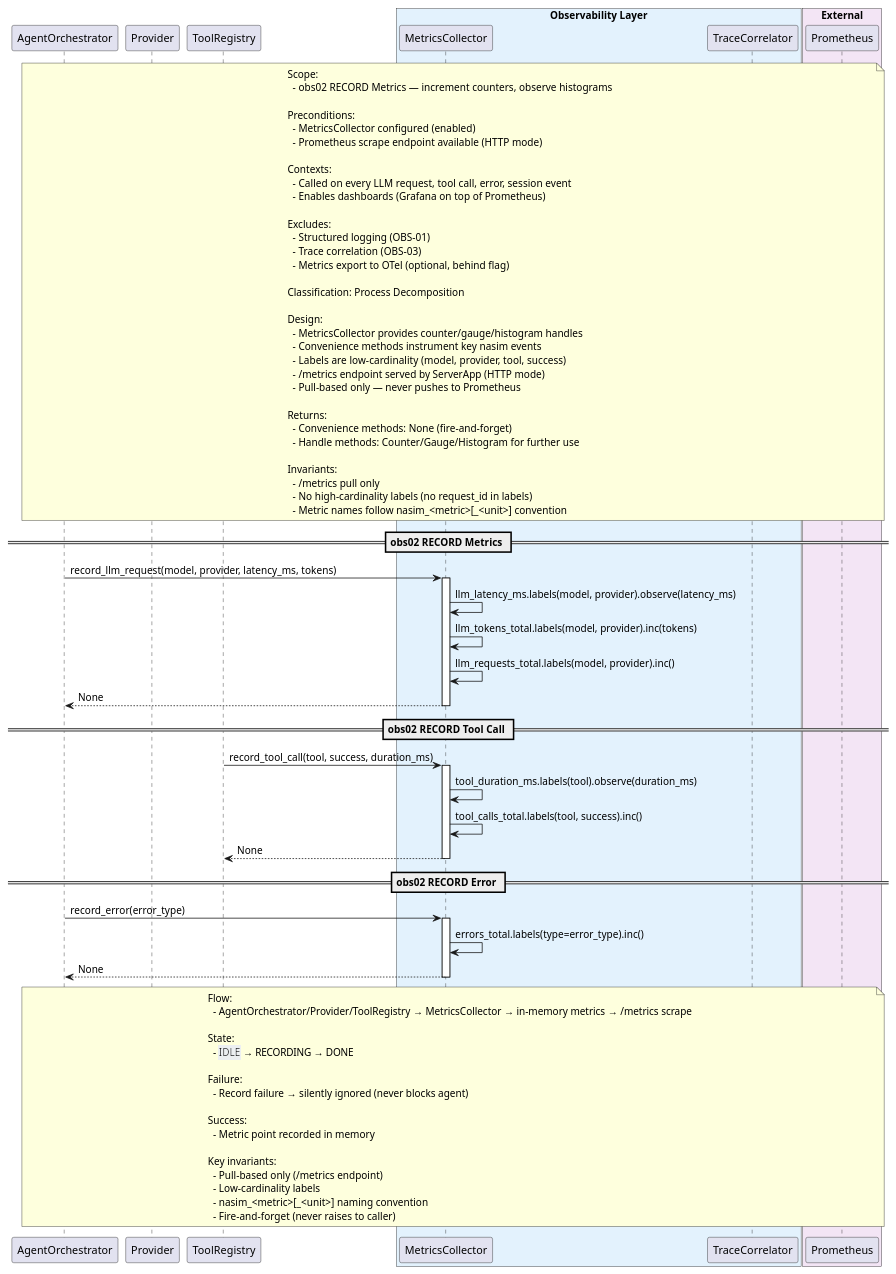
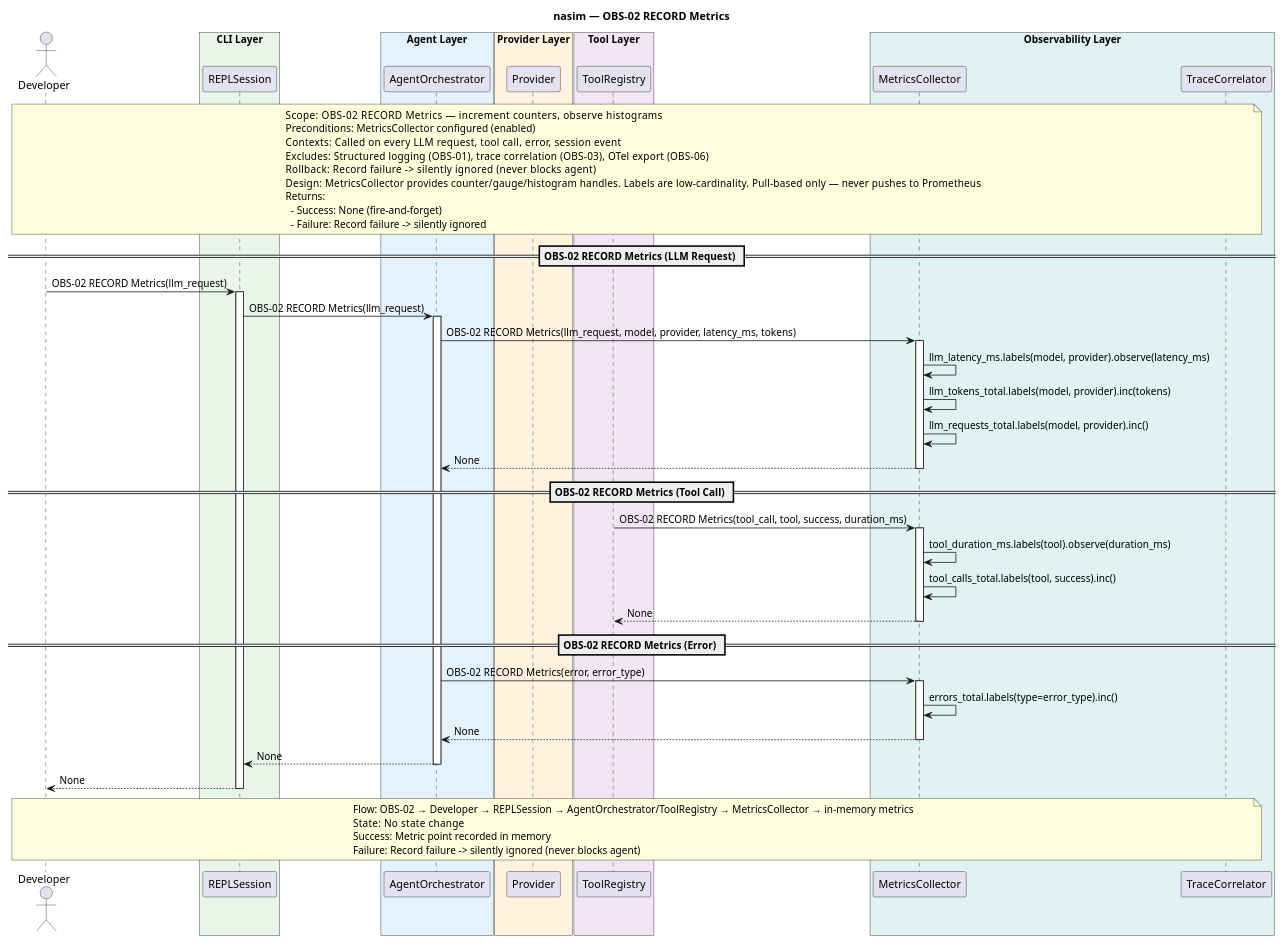
The diagram in docs/SQ/OBS/sq_obs02_record_metrics.puml (salimnamvar/nasim), drawn with PlantUML before and after one commit. The commit also changed 148 other files, not shown here.

```diff
--- a/docs/SQ/OBS/sq_obs02_record_metrics.puml
+++ b/docs/SQ/OBS/sq_obs02_record_metrics.puml
@@ -1,114 +1,95 @@
 @startuml sq_obs02_record_metrics
 ' ============================================================
 ' Title:     OBS-02 — RECORD Metrics
-' Boundary:  nasim code agent CLI
+' Boundary:  nasim code agent
 ' Purpose:   Record metric points for token usage, latency, tool calls
 ' Milestone: v1.0
-' Version:   1.0.0
+' Version:   2.0.0
 ' Source:    docs/UC/README.md
-' Review:    —
+' Review:    docs/SQ/README.md
 ' ============================================================
 
-participant "AgentOrchestrator" as agent
-participant "Provider" as provider
-participant "ToolRegistry" as tools
+title nasim — OBS-02 RECORD Metrics
 
-box "Observability Layer" #E3F2FD
+actor "Developer" as user
+
+box "CLI Layer" #E8F5E9
+  participant "REPLSession" as repl
+end box
+box "Agent Layer" #E3F2FD
+  participant "AgentOrchestrator" as agent
+end box
+box "Provider Layer" #FFF3E0
+  participant "Provider" as provider
+end box
+box "Tool Layer" #F3E5F5
+  participant "ToolRegistry" as tools
+end box
+box "Observability Layer" #E0F2F1
   participant "MetricsCollector" as metrics
   participant "TraceCorrelator" as trace
 end box
 
-box "External" #F3E5F5
-  participant "Prometheus" as prom
-end box
-
-note over agent, prom
-  Scope:
-    - obs02 RECORD Metrics — increment counters, observe histograms
-
-  Preconditions:
-    - MetricsCollector configured (enabled)
-    - Prometheus scrape endpoint available (HTTP mode)
-
-  Contexts:
-    - Called on every LLM request, tool call, error, session event
-    - Enables dashboards (Grafana on top of Prometheus)
-
-  Excludes:
-    - Structured logging (OBS-01)
-    - Trace correlation (OBS-03)
-    - Metrics export to OTel (optional, behind flag)
-
-  Classification: Process Decomposition
-
-  Design:
-    - MetricsCollector provides counter/gauge/histogram handles
-    - Convenience methods instrument key nasim events
-    - Labels are low-cardinality (model, provider, tool, success)
-    - /metrics endpoint served by ServerApp (HTTP mode)
-    - Pull-based only — never pushes to Prometheus
-
+note over user, trace
+  Scope:          OBS-02 RECORD Metrics — increment counters, observe histograms
+  Preconditions:  MetricsCollector configured (enabled)
+  Contexts:       Called on every LLM request, tool call, error, session event
+  Excludes:       Structured logging (OBS-01), trace correlation (OBS-03), OTel export (OBS-06)
+  Rollback:       Record failure -> silently ignored (never blocks agent)
+  Design:         MetricsCollector provides counter/gauge/histogram handles. Labels are low-cardinality. Pull-based only — never pushes to Prometheus
   Returns:
-    - Convenience methods: None (fire-and-forget)
-    - Handle methods: Counter/Gauge/Histogram for further use
-
-  Invariants:
-    - /metrics pull only
-    - No high-cardinality labels (no request_id in labels)
-    - Metric names follow nasim_<metric>[_<unit>] convention
+    - Success: None (fire-and-forget)
+    - Failure: Record failure -> silently ignored
 end note
 
-== obs02 RECORD Metrics ==
+== OBS-02 RECORD Metrics (LLM Request) ==
 
-agent -> metrics : record_llm_request(model, provider, latency_ms, tokens)
+user -> repl : OBS-02 RECORD Metrics(llm_request)
+activate repl
+repl -> agent : OBS-02 RECORD Metrics(llm_request)
+activate agent
+
+agent -> metrics : OBS-02 RECORD Metrics(llm_request, model, provider, latency_ms, tokens)
 activate metrics
 
 metrics -> metrics : llm_latency_ms.labels(model, provider).observe(latency_ms)
 metrics -> metrics : llm_tokens_total.labels(model, provider).inc(tokens)
 metrics -> metrics : llm_requests_total.labels(model, provider).inc()
 
 metrics --> agent : None
 deactivate metrics
 
-== obs02 RECORD Tool Call ==
+== OBS-02 RECORD Metrics (Tool Call) ==
 
-tools -> metrics : record_tool_call(tool, success, duration_ms)
+tools -> metrics : OBS-02 RECORD Metrics(tool_call, tool, success, duration_ms)
 activate metrics
 
 metrics -> metrics : tool_duration_ms.labels(tool).observe(duration_ms)
 metrics -> metrics : tool_calls_total.labels(tool, success).inc()
 
 metrics --> tools : None
 deactivate metrics
 
-== obs02 RECORD Error ==
+== OBS-02 RECORD Metrics (Error) ==
 
-agent -> metrics : record_error(error_type)
+agent -> metrics : OBS-02 RECORD Metrics(error, error_type)
 activate metrics
 
 metrics -> metrics : errors_total.labels(type=error_type).inc()
 
 metrics --> agent : None
 deactivate metrics
 
-note over agent, prom
-  Flow:
-    - AgentOrchestrator/Provider/ToolRegistry → MetricsCollector → in-memory metrics → /metrics scrape
+agent --> repl : None
+deactivate agent
+repl --> user : None
+deactivate repl
 
-  State:
-    - <back:#ECEFF1>IDLE</back> → RECORDING → DONE
-
-  Failure:
-    - Record failure → silently ignored (never blocks agent)
-
-  Success:
-    - Metric point recorded in memory
-
-  Key invariants:
-    - Pull-based only (/metrics endpoint)
-    - Low-cardinality labels
-    - nasim_<metric>[_<unit>] naming convention
-    - Fire-and-forget (never raises to caller)
+note over user, trace
+  Flow:    OBS-02 → Developer → REPLSession → AgentOrchestrator/ToolRegistry → MetricsCollector → in-memory metrics
+  State:   No state change
+  Success: Metric point recorded in memory
+  Failure: Record failure -> silently ignored (never blocks agent)
 end note
 
 @enduml
```
